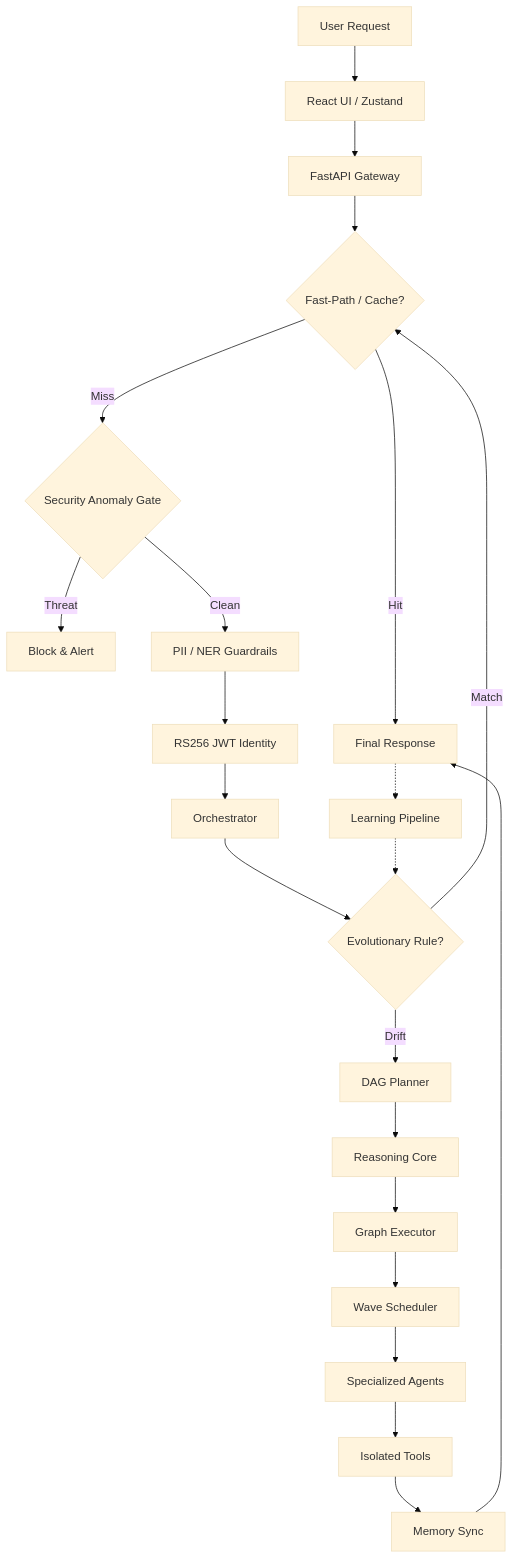
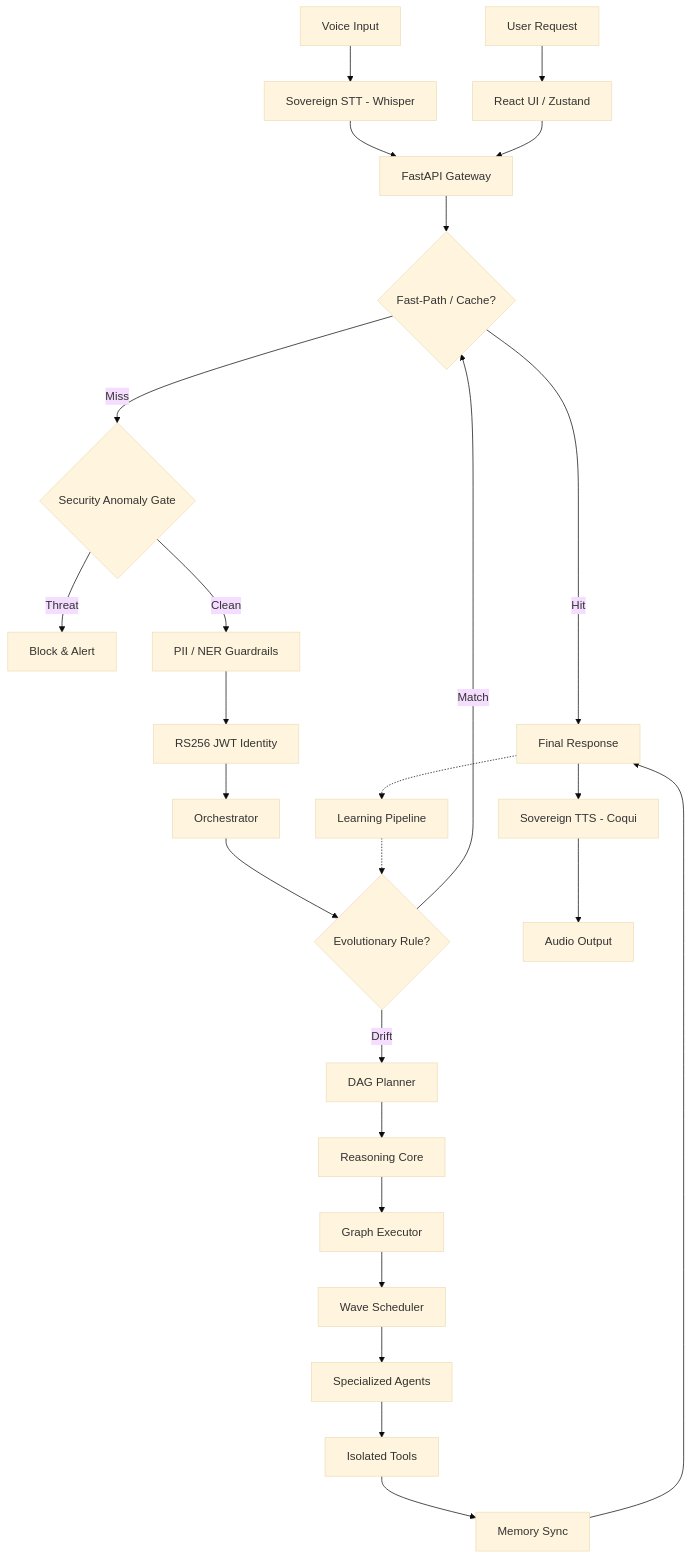
Before and after one commit to Blackdrg/levi-ai-innovate: the first of 4 diagrams in README.md, drawn with Mermaid (base theme). The commit also changed other lines of this file and 25 other files, not shown here.

Commit message:
feat: integrate Sovereign Voice Stack (Phase 1) and update production architecture diagrams

````diff
--- a/README.md
+++ b/README.md
@@ -169,24 +170,28 @@
 ```mermaid
 graph TD
     User[User Request] --> Frontend[React UI / Zustand]
-    Frontend --> Gateway[FastAPI Gateway]
+    VoiceInput[Voice Input] --> STT[Sovereign STT - Whisper]
+    STT --> Gateway[FastAPI Gateway]
+    Frontend --> Gateway
     Gateway --> FastPath{Fast-Path / Cache?}
     FastPath -- Hit --> Response[Response]
     FastPath -- Miss --> SecurityGate{Security Anomaly Gate}
     SecurityGate -- Threat --> Block[Block & Alert]
     SecurityGate -- Clean --> Guardrails[PII / NER Guardrails]
     Guardrails --> Auth[RS256 JWT Identity]
     Auth --> Orchestrator[Orchestrator]
     Orchestrator --> Evolution{Evolutionary Rule?}
     Evolution -- Match --> FastPath
     Evolution -- Drift --> Planner[DAG Planner]
     Planner --> Reasoning[Reasoning Core]
     Reasoning --> Executor[Graph Executor]
     Executor --> Wave[Wave Scheduler]
     Wave --> Agents[Specialized Agents]
     Agents --> Tools[Isolated Tools]
     Tools --> Memory[Memory Sync]
     Memory --> Response[Final Response]
+    Response --> TTS[Sovereign TTS - Coqui]
+    TTS --> VoiceOutput[Audio Output]
     Response -.-> Learning[Learning Pipeline]
     Learning -.-> Evolution
 ```
````
